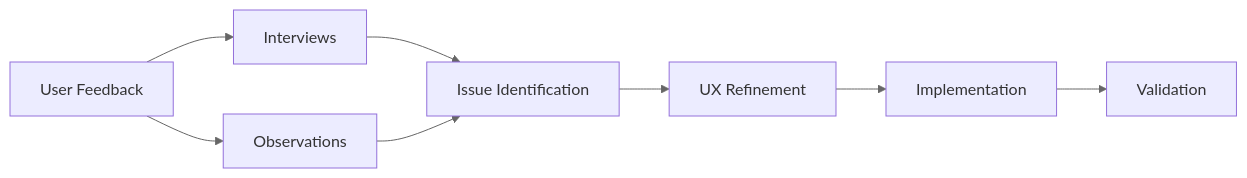
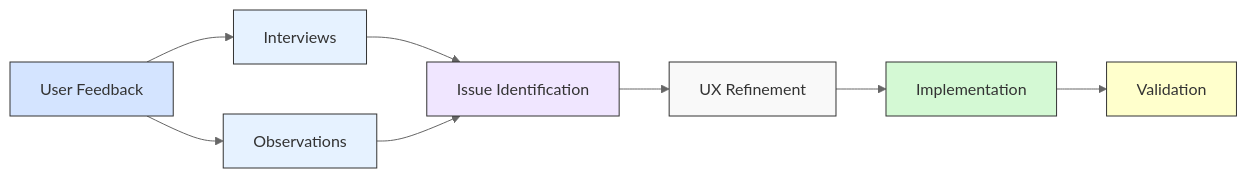
One commit to Gigentic/gigentic-frontend changed the second of 4 diagrams in notes/ST-DE-Grant-2024/ST-DE-grant-completion-report.md. Above: the diagram before and after it, drawn with Mermaid. The commit also changed other lines of this file, not shown here.

````diff
--- a/notes/ST-DE-Grant-2024/ST-DE-grant-completion-report.md
+++ b/notes/ST-DE-Grant-2024/ST-DE-grant-completion-report.md
@@ -89,11 +89,19 @@
 ```mermaid
 flowchart LR
-    %%{ init: { 'theme': 'default', 'themeVariables': { 'background': '#ffffff', 'primaryColor': '#d4e4ff', 'secondaryColor': '#f0f0f0', 'tertiaryColor': '#f8f8f8', 'primaryTextColor': '#333', 'lineColor': '#666' } } }%%
+    %%{ init: { 'theme': 'default', 'themeVariables': { 'background': '#ffffff', 'primaryColor': '#d4e4ff', 'secondaryColor': '#f0f0f0', 'tertiaryColor': '#f8f8f8', 'primaryTextColor': '#333', 'lineColor': '#666', 'mainBkg': '#ffffff', 'nodeBorder': '#333', 'clusterBkg': '#ffffff' } } }%%
 
     A[User Feedback] --> B[Interviews]
     A --> D[Observations]
     B & D --> E[Issue Identification]
     E --> F[UX Refinement]
     F --> G[Implementation]
     G --> H[Validation]
+
+    style A fill:#d4e4ff,stroke:#333,color:#333
+    style B fill:#e6f2ff,stroke:#333,color:#333
+    style D fill:#e6f2ff,stroke:#333,color:#333
+    style E fill:#f0e6ff,stroke:#333,color:#333
+    style F fill:#f9f9f9,stroke:#333,color:#333
+    style G fill:#d4f9d4,stroke:#333,color:#333
+    style H fill:#ffffcc,stroke:#333,color:#333
 ```
````
